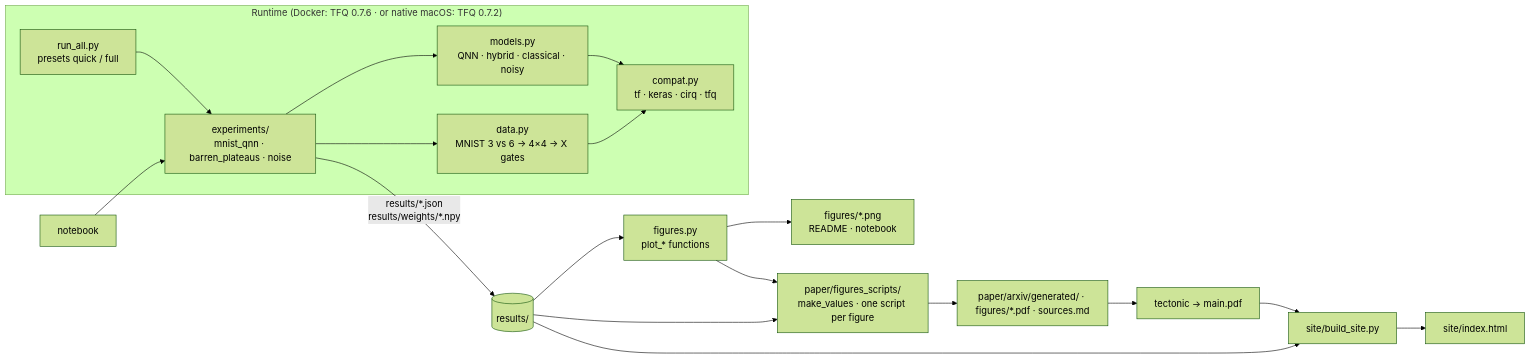
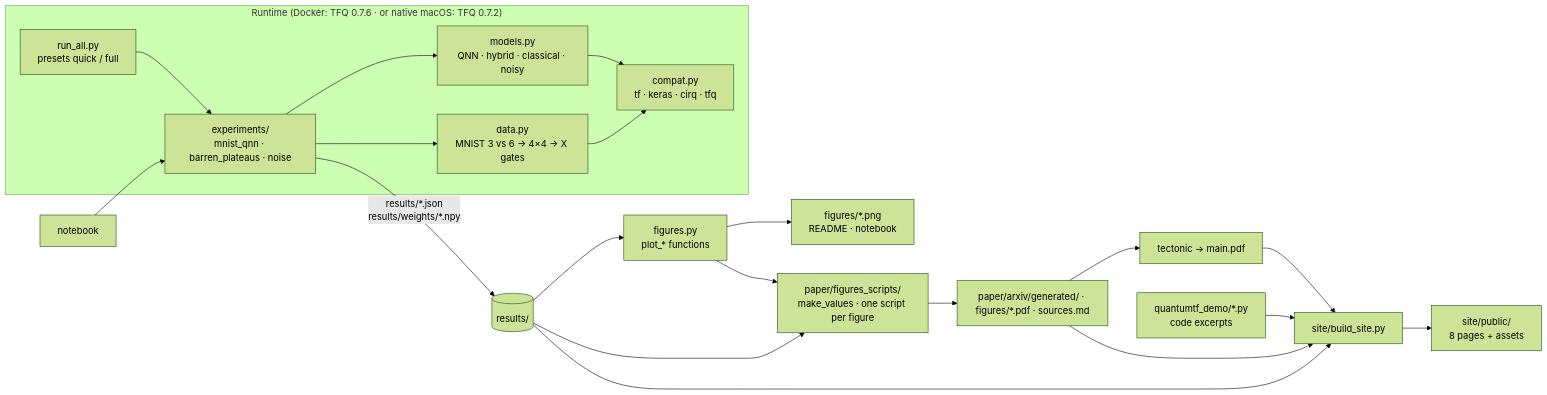
Before and after one commit to amalmehta/QuantumTFDemo: the diagram in docs/SYSTEM-DESIGN.md, drawn with Mermaid (forest theme). The commit also changed other lines of this file and 22 other files, not shown here.

````diff
--- a/docs/SYSTEM-DESIGN.md
+++ b/docs/SYSTEM-DESIGN.md
@@ -8,23 +8,25 @@
 ```mermaid
 flowchart LR
   subgraph runtime["Runtime (Docker: TFQ 0.7.6 · or native macOS: TFQ 0.7.2)"]
     compat["compat.py<br/>tf · keras · cirq · tfq"]
     data["data.py<br/>MNIST 3 vs 6 → 4×4 → X gates"]
     models["models.py<br/>QNN · hybrid · classical · noisy"]
     exp["experiments/<br/>mnist_qnn · barren_plateaus · noise"]
     run["run_all.py<br/>presets quick / full"]
     run --> exp --> models --> compat
     exp --> data --> compat
   end
   exp -->|"results/*.json<br/>results/weights/*.npy"| R[("results/")]
   R --> F["figures.py<br/>plot_* functions"]
   F --> PNG["figures/*.png<br/>README · notebook"]
   R --> PS["paper/figures_scripts/<br/>make_values · one script per figure"]
   F --> PS
   PS --> TEX["paper/arxiv/generated/ · figures/*.pdf · sources.md"]
   TEX --> PDF["tectonic → main.pdf"]
   R --> SITE["site/build_site.py"]
+  TEX --> SITE
   PDF --> SITE
-  SITE --> HTML["site/index.html"]
+  SRC["quantumtf_demo/*.py<br/>code excerpts"] --> SITE
+  SITE --> HTML["site/public/<br/>8 pages + assets"]
   NB["notebook"] --> exp
 ```
````
